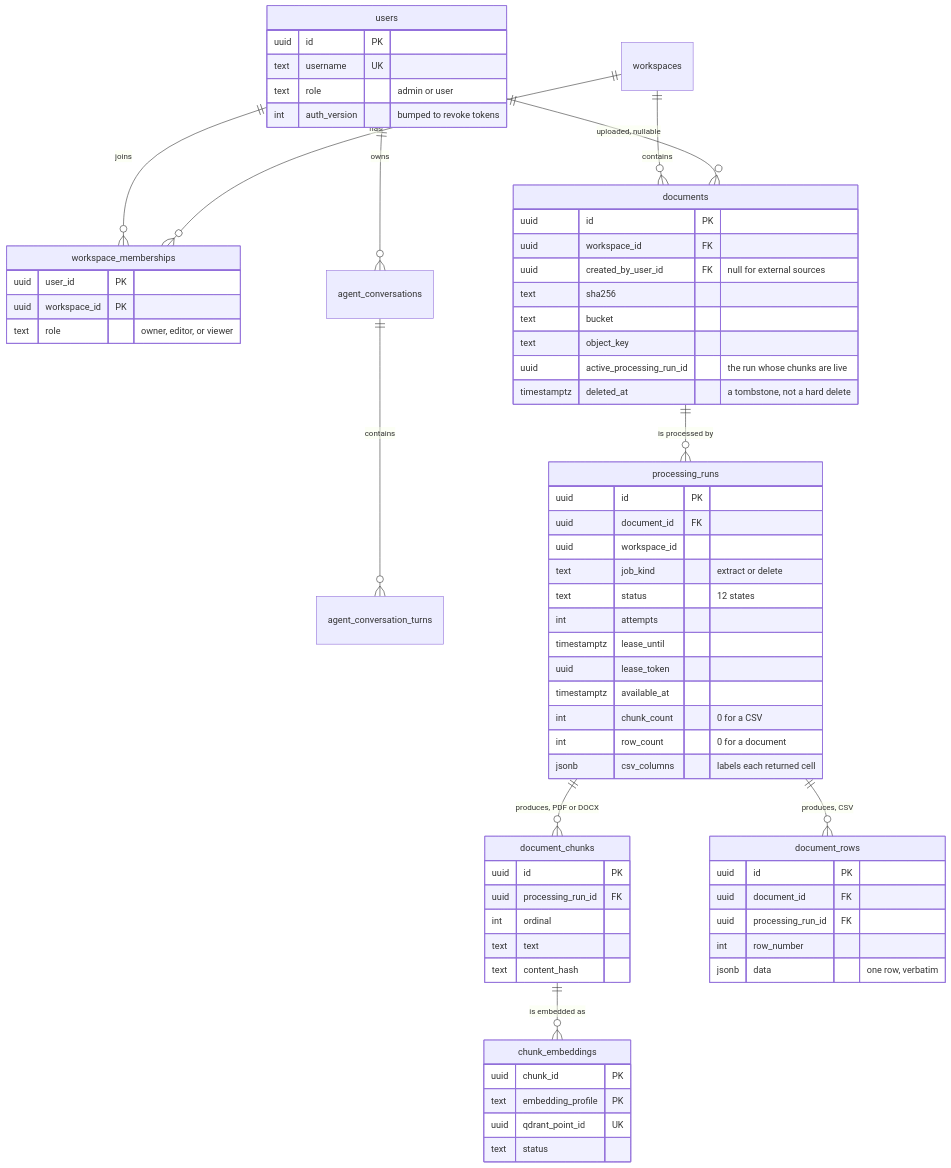
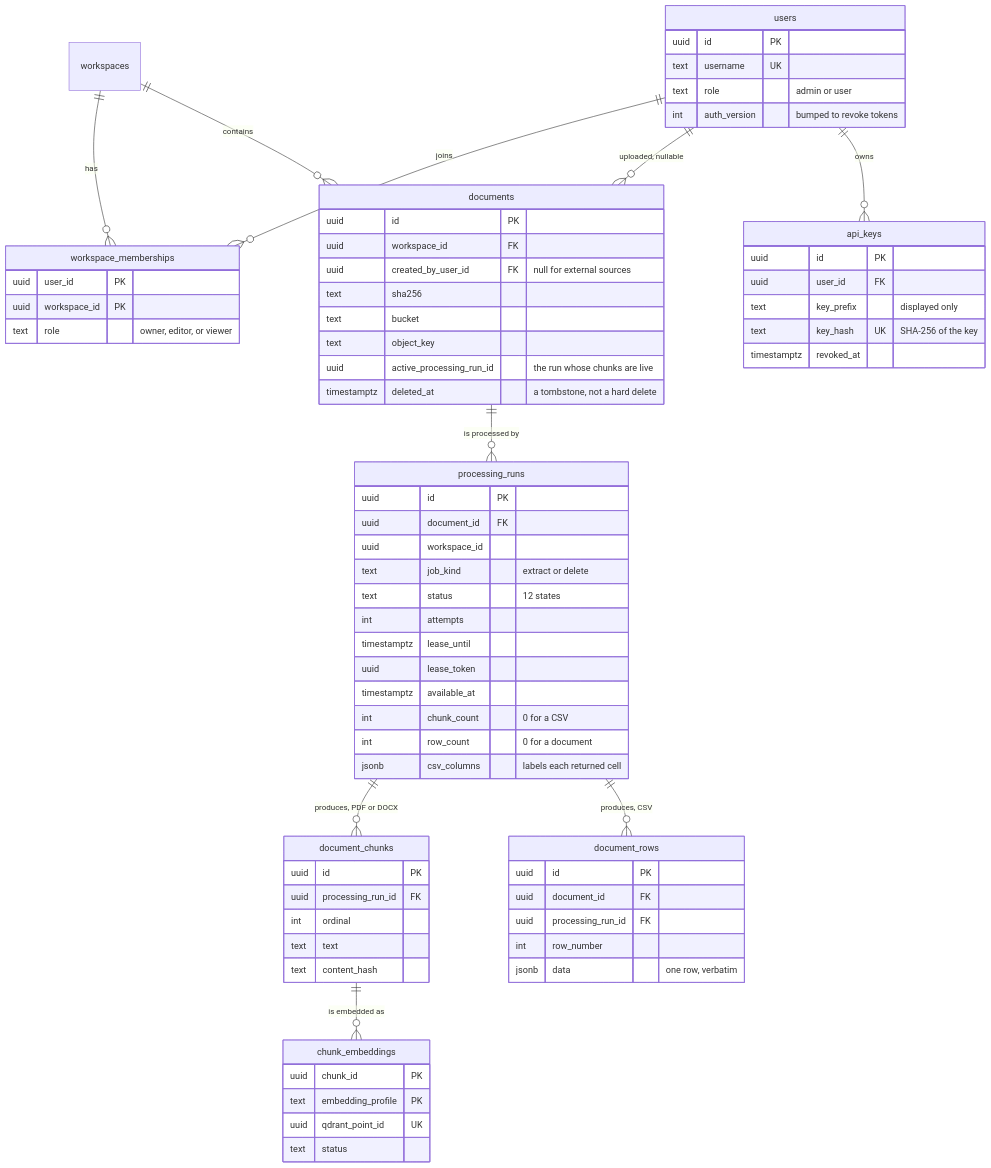
The tenth of 10 diagrams in README.md (unedtamps/retriv), drawn with Mermaid before and after one commit. The commit also changed other lines of this file and 55 other files, not shown here.

````diff
--- a/README.md
+++ b/README.md
@@ -570,69 +612,75 @@
 ```mermaid
 erDiagram
     users ||--o{ workspace_memberships : "joins"
     workspaces ||--o{ workspace_memberships : "has"
     workspaces ||--o{ documents : "contains"
     users ||--o{ documents : "uploaded, nullable"
-    users ||--o{ agent_conversations : "owns"
-    agent_conversations ||--o{ agent_conversation_turns : "contains"
+    users ||--o{ api_keys : "owns"
     documents ||--o{ processing_runs : "is processed by"
     processing_runs ||--o{ document_chunks : "produces, PDF or DOCX"
     processing_runs ||--o{ document_rows : "produces, CSV"
     document_chunks ||--o{ chunk_embeddings : "is embedded as"
 
     users {
         uuid id PK
         text username UK
         text role "admin or user"
         int auth_version "bumped to revoke tokens"
+    }
+    api_keys {
+        uuid id PK
+        uuid user_id FK
+        text key_prefix "displayed only"
+        text key_hash UK "SHA-256 of the key"
+        timestamptz revoked_at
     }
     workspace_memberships {
         uuid user_id PK
         uuid workspace_id PK
         text role "owner, editor, or viewer"
     }
     documents {
         uuid id PK
         uuid workspace_id FK
         uuid created_by_user_id FK "null for external sources"
         text sha256
         text bucket
         text object_key
         uuid active_processing_run_id "the run whose chunks are live"
         timestamptz deleted_at "a tombstone, not a hard delete"
     }
     processing_runs {
         uuid id PK
         uuid document_id FK
         uuid workspace_id
         text job_kind "extract or delete"
         text status "12 states"
         int attempts
         timestamptz lease_until
         uuid lease_token
         timestamptz available_at
         int chunk_count "0 for a CSV"
         int row_count "0 for a document"
         jsonb csv_columns "labels each returned cell"
     }
     document_rows {
         uuid id PK
         uuid document_id FK
         uuid processing_run_id FK
         int row_number
         jsonb data "one row, verbatim"
     }
     document_chunks {
         uuid id PK
         uuid processing_run_id FK
         int ordinal
         text text
         text content_hash
     }
     chunk_embeddings {
         uuid chunk_id PK
         text embedding_profile PK
         uuid qdrant_point_id UK
         text status
     }
 ```
````
